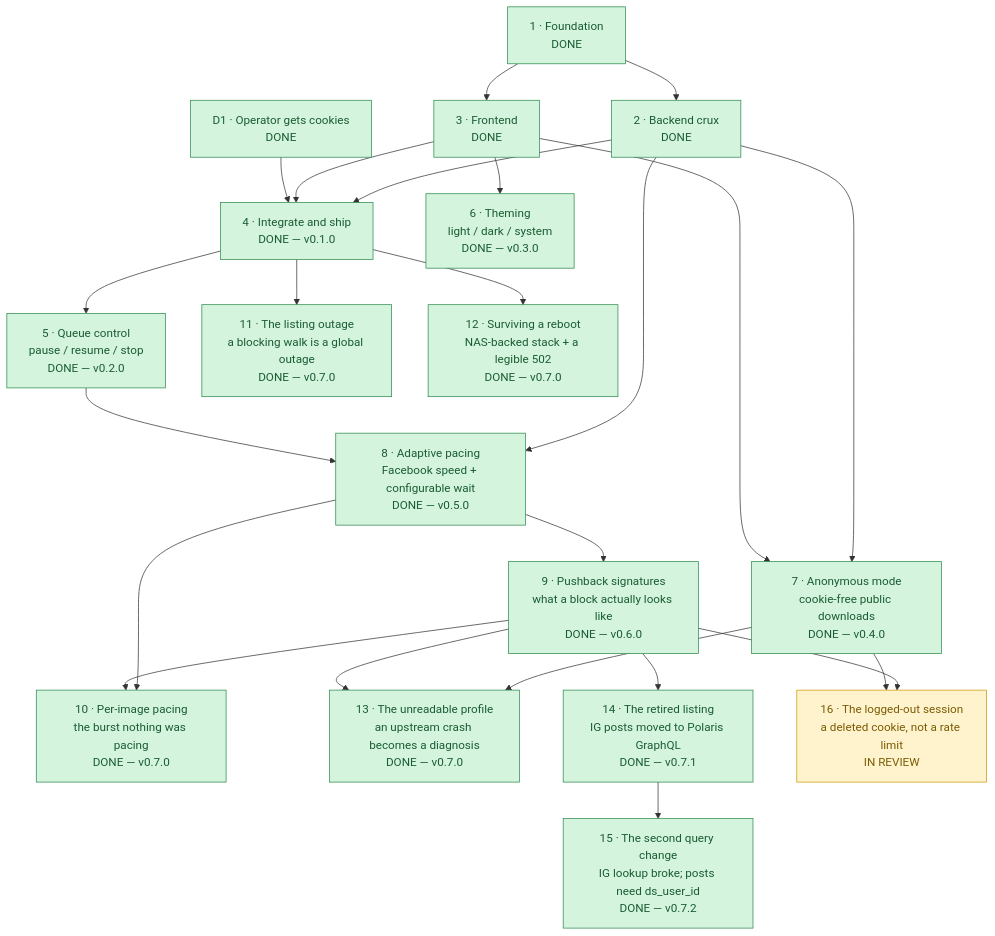
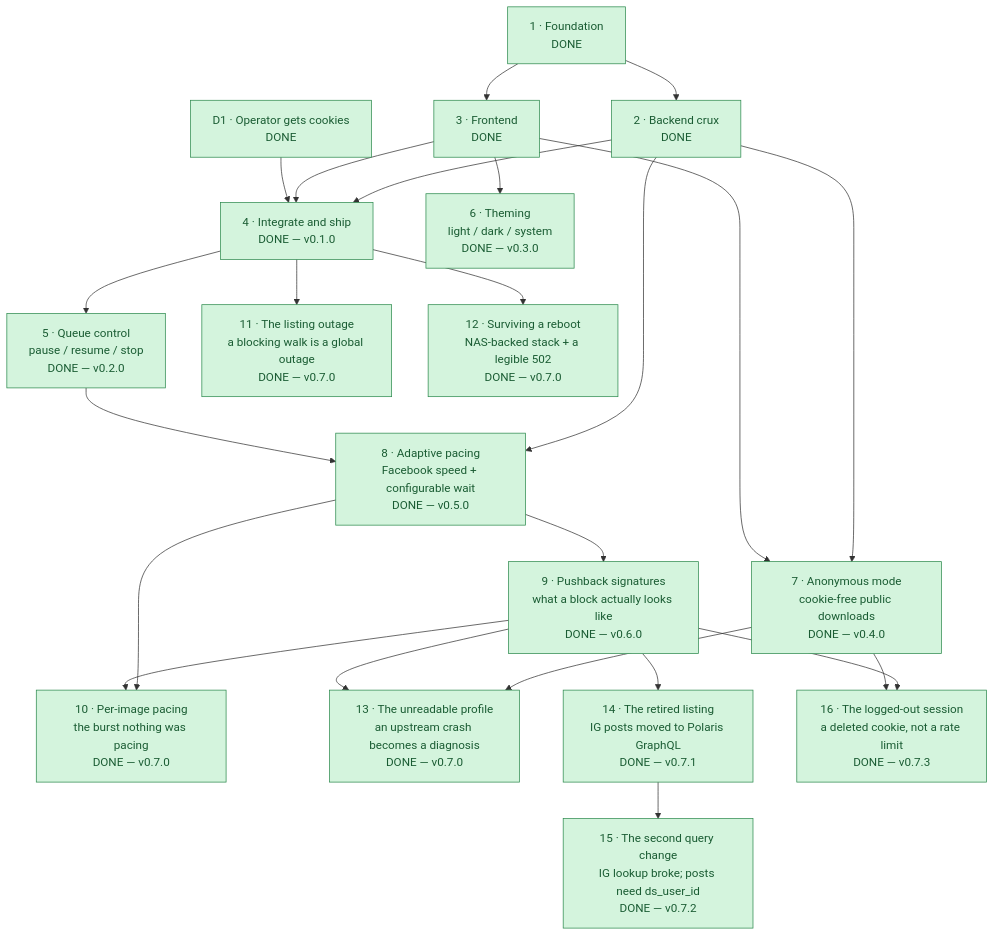
One commit to lumduan/gallery-dl-web changed the diagram in ROADMAP.md. Above: the diagram before and after it, drawn with Mermaid. The commit also changed other lines of this file and 6 other files, not shown here.

````diff
--- a/ROADMAP.md
+++ b/ROADMAP.md
@@ -8,47 +8,47 @@
 ```mermaid
 flowchart TD
     P1["1 · Foundation<br/>DONE"] --> P2["2 · Backend crux<br/>DONE"]
     P1 --> P3["3 · Frontend<br/>DONE"]
     P2 --> P4["4 · Integrate and ship<br/>DONE — v0.1.0"]
     P3 --> P4
     D1["D1 · Operator gets cookies<br/>DONE"] --> P4
     P4 --> P5["5 · Queue control<br/>pause / resume / stop<br/>DONE — v0.2.0"]
     P3 --> P6["6 · Theming<br/>light / dark / system<br/>DONE — v0.3.0"]
     P2 --> P7["7 · Anonymous mode<br/>cookie-free public downloads<br/>DONE — v0.4.0"]
     P3 --> P7
     P2 --> P8["8 · Adaptive pacing<br/>Facebook speed + configurable wait<br/>DONE — v0.5.0"]
     P5 --> P8
     P8 --> P9["9 · Pushback signatures<br/>what a block actually looks like<br/>DONE — v0.6.0"]
     P8 --> P10["10 · Per-image pacing<br/>the burst nothing was pacing<br/>DONE — v0.7.0"]
     P9 --> P10
     P4 --> P11["11 · The listing outage<br/>a blocking walk is a global outage<br/>DONE — v0.7.0"]
     P4 --> P12["12 · Surviving a reboot<br/>NAS-backed stack + a legible 502<br/>DONE — v0.7.0"]
     P7 --> P13["13 · The unreadable profile<br/>an upstream crash becomes a diagnosis<br/>DONE — v0.7.0"]
     P9 --> P13
     P9 --> P14["14 · The retired listing<br/>IG posts moved to Polaris GraphQL<br/>DONE — v0.7.1"]
     P14 --> P15["15 · The second query change<br/>IG lookup broke; posts need ds_user_id<br/>DONE — v0.7.2"]
-    P9 --> P16["16 · The logged-out session<br/>a deleted cookie, not a rate limit<br/>IN REVIEW"]
+    P9 --> P16["16 · The logged-out session<br/>a deleted cookie, not a rate limit<br/>DONE — v0.7.3"]
     P7 --> P16
 
     classDef done     fill:#d4f4dd,stroke:#2d8a4e,color:#1a5c33
     classDef active   fill:#fff3cd,stroke:#cc9a06,color:#7a5c04
     classDef decision fill:#fde0e0,stroke:#d05555,color:#8f2e2e
 
     class P9 done
     class P10 done
     class P11 done
     class P12 done
     class P13 done
     class P14 done
     class P15 done
-    class P16 active
+    class P16 done
     class P1 done
     class P2 done
     class P3 done
     class P4 done
     class P5 done
     class P6 done
     class D1 done
     class P7 done
     class P8 done
 ```
````
